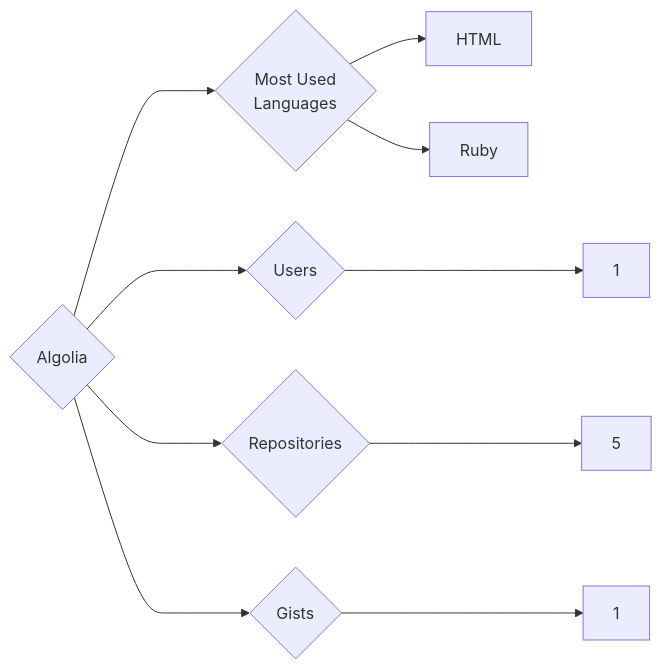
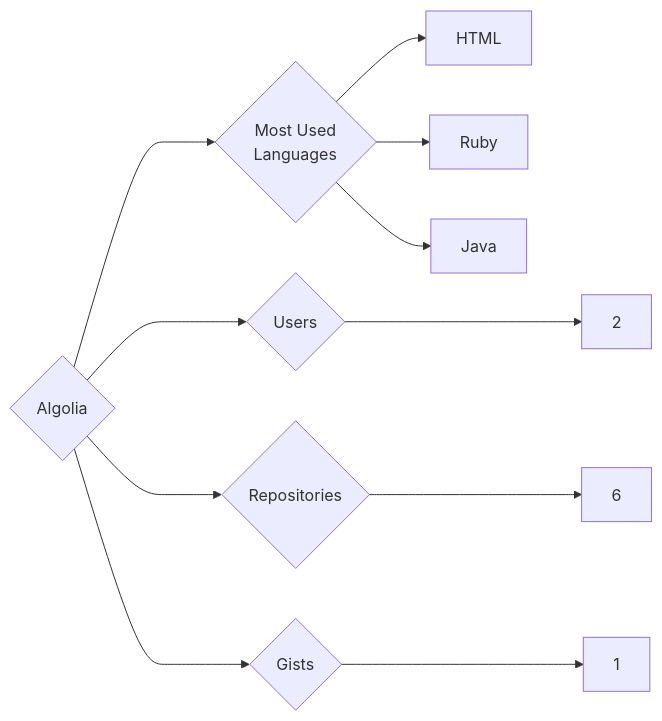
One commit to trickest/insiders changed the diagram in targets/Algolia/README.md. Above: the diagram before and after it, drawn with Mermaid. The commit also changed 873 other files, not shown here.

````diff
--- a/targets/Algolia/README.md
+++ b/targets/Algolia/README.md
@@ -3,10 +3,11 @@
 ```mermaid
 graph LR
 COMPANY_NAME{Algolia}
-COMPANY_NAME ---> U{Users} ---> UN[1]
-COMPANY_NAME ---> R{Repositories} ---> RN[5]
+COMPANY_NAME ---> U{Users} ---> UN[2]
+COMPANY_NAME ---> R{Repositories} ---> RN[6]
 COMPANY_NAME ---> G{Gists} ---> GN[1]
 COMPANY_NAME ---> ML{Most Used<br>Languages}
 ML --> HTML[HTML]
 ML --> Ruby[Ruby]
+ML --> Java[Java]
 ```
````
